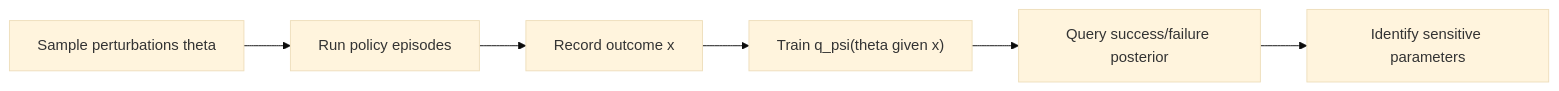
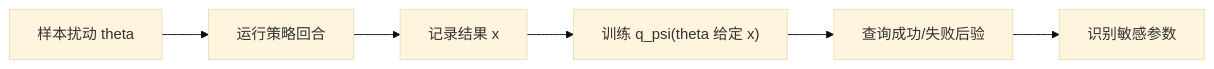
The diagram in wiki/concepts/SimulationSensitivityAnalysis.md (niuverse/llm-wiki), drawn with Mermaid (base theme) before and after one commit. The commit also changed other lines of this file and 123 other files, not shown here.

````diff
--- a/wiki/concepts/SimulationSensitivityAnalysis.md
+++ b/wiki/concepts/SimulationSensitivityAnalysis.md
@@ -53,8 +53,8 @@
 ```mermaid
 flowchart LR
-  A[Sample perturbations theta] --> B[Run policy episodes]
-  B --> C[Record outcome x]
-  C --> D["Train q_psi(theta given x)"]
-  D --> E["Query success/failure posterior"]
-  E --> F[Identify sensitive parameters]
+  A[样本扰动 theta] --> B[运行策略回合]
+  B --> C[记录结果 x]
+  C --> D["训练 q_psi(theta 给定 x)"]
+  D --> E["查询成功/失败后验"]
+  E --> F[识别敏感参数]
 ```
````
